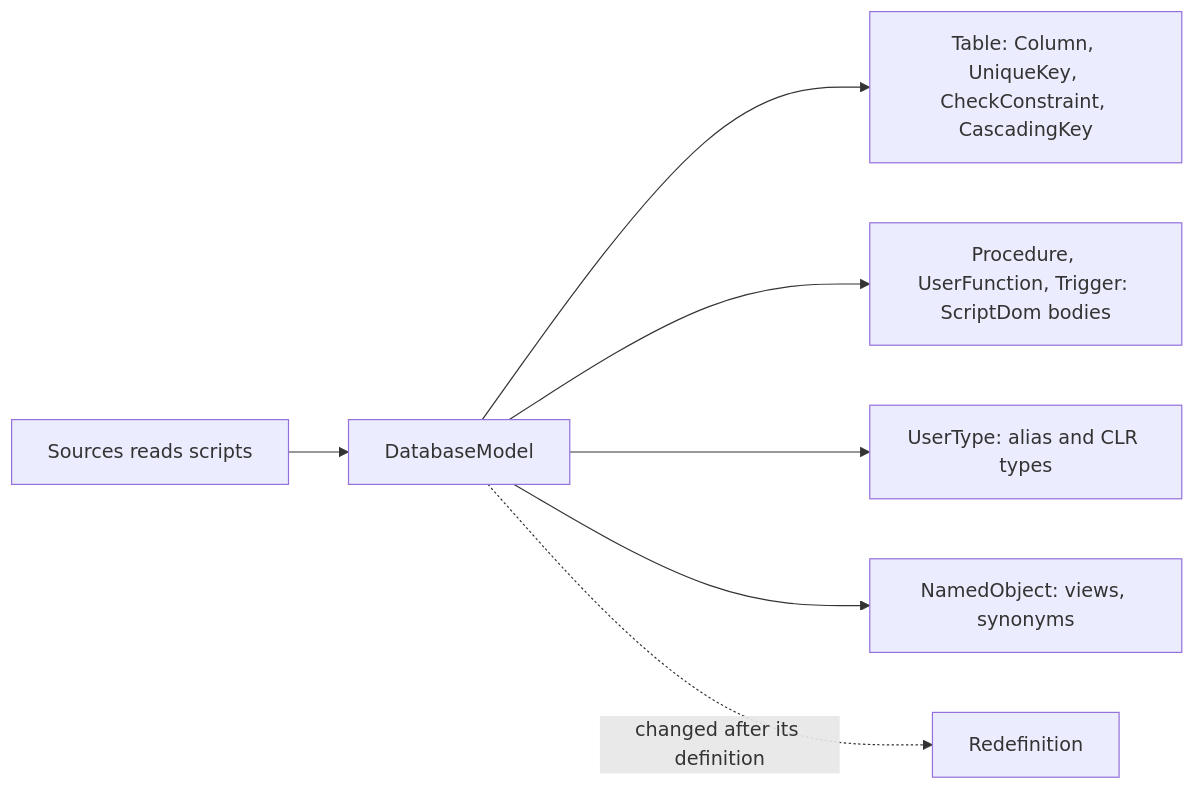
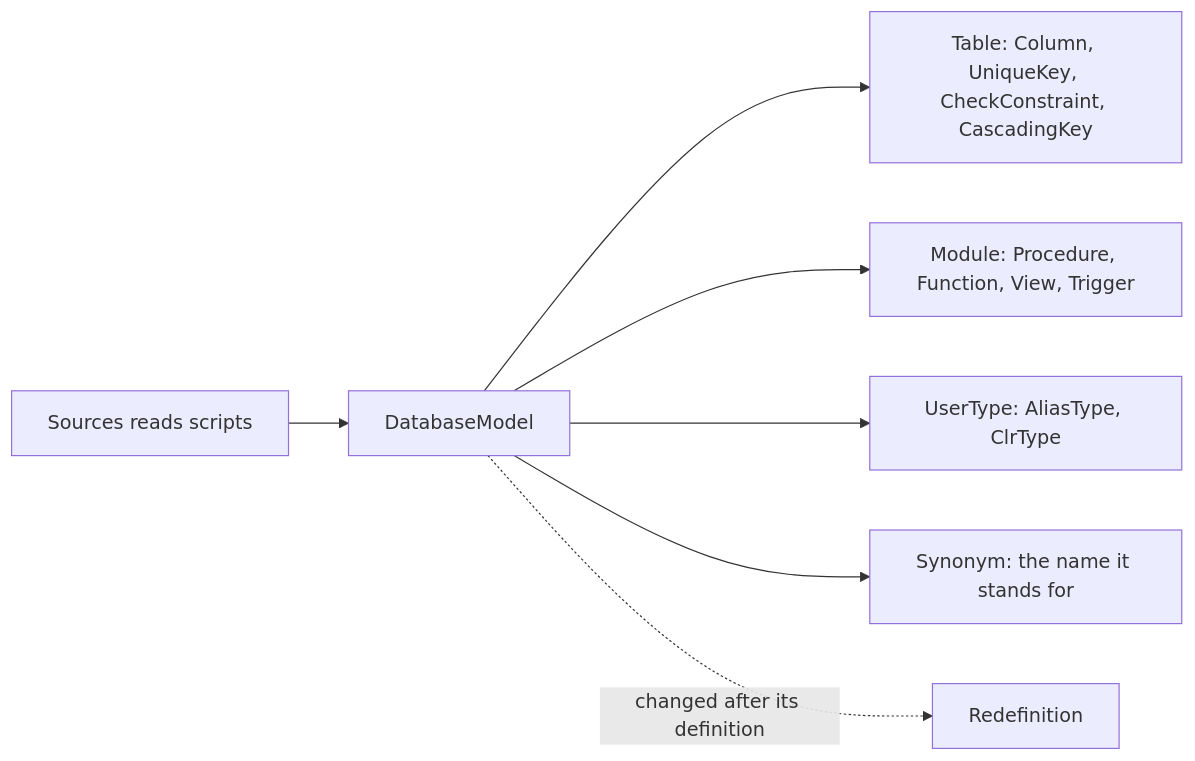
The diagram in src/Haruspex.SqlServer.Model/README.md (haruspex-tools/haruspex), drawn with Mermaid before and after one commit. The commit also changed other lines of this file and 56 other files, not shown here.

````diff
--- a/src/Haruspex.SqlServer.Model/README.md
+++ b/src/Haruspex.SqlServer.Model/README.md
@@ -19,9 +20,9 @@
 ```mermaid
 flowchart LR
     sources["Sources reads scripts"] --> model["DatabaseModel"]
     model --> tables["Table: Column, UniqueKey, CheckConstraint, CascadingKey"]
-    model --> code["Procedure, UserFunction, Trigger: ScriptDom bodies"]
-    model --> types["UserType: alias and CLR types"]
-    model --> named["NamedObject: views, synonyms"]
+    model --> code["Module: Procedure, Function, View, Trigger"]
+    model --> types["UserType: AliasType, ClrType"]
+    model --> named["Synonym: the name it stands for"]
     model -.->|changed after its definition| redefinition["Redefinition"]
 ```
````
